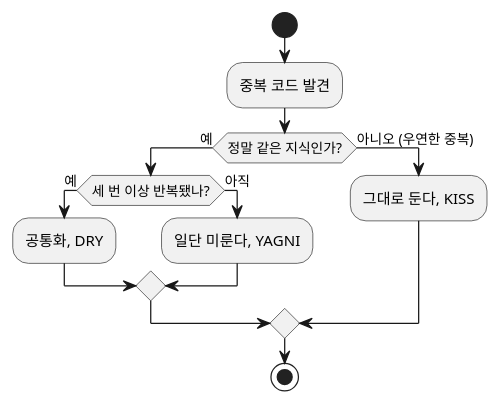
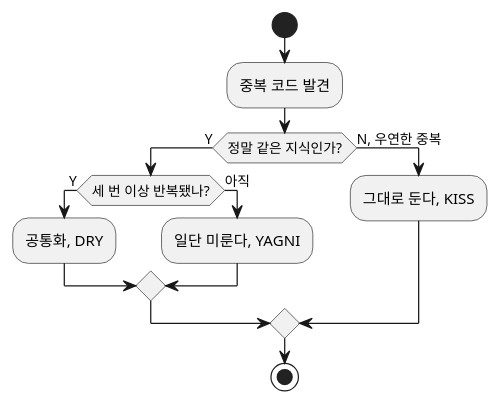
One commit to johnycho/johny-dev changed the diagram in blog/2026-07-09-kiss-dry-yagni.mdx. Above: the diagram before and after it, drawn with PlantUML. The commit also changed 70 other files, not shown here.

````diff
--- a/blog/2026-07-09-kiss-dry-yagni.mdx
+++ b/blog/2026-07-09-kiss-dry-yagni.mdx
@@ -130,16 +130,16 @@
 ```plantuml
 @startuml
 start
 :중복 코드 발견;
-if (정말 같은 지식인가?) then (예)
-  if (세 번 이상 반복됐나?) then (예)
+if (정말 같은 지식인가?) then (Y)
+  if (세 번 이상 반복됐나?) then (Y)
     :공통화, DRY;
   else (아직)
     :일단 미룬다, YAGNI;
   endif
-else (아니오 (우연한 중복))
+else (N, 우연한 중복)
   :그대로 둔다, KISS;
 endif
 stop
 @enduml
 ```
````
